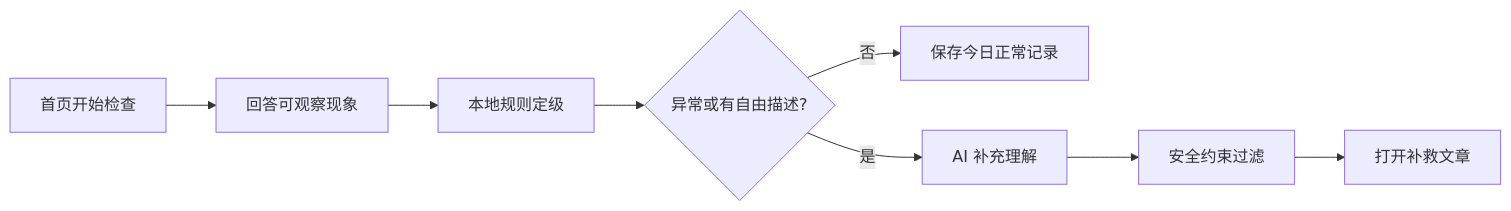
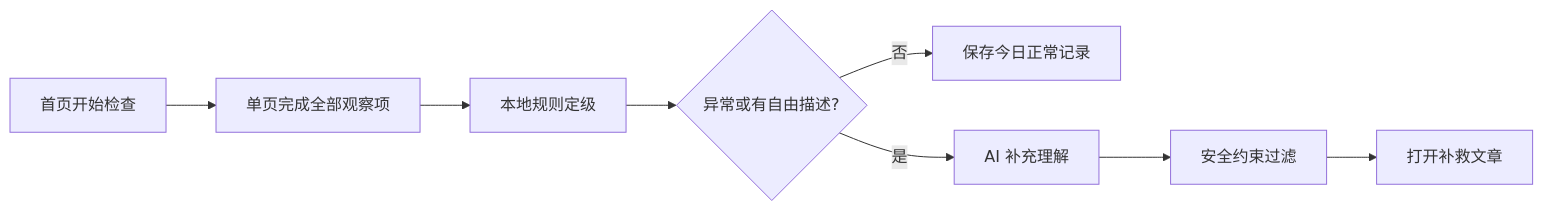
The third of 4 diagrams in docs/02-design/INTERACTION_SPEC.md (chusday97/aquaguide_frontend), drawn with Mermaid before and after one commit. The commit also changed other lines of this file and 7 other files, not shown here.

````diff
--- a/docs/02-design/INTERACTION_SPEC.md
+++ b/docs/02-design/INTERACTION_SPEC.md
@@ -108,7 +108,7 @@
 ```mermaid
 flowchart LR
-  A["首页开始检查"] --> B["回答可观察现象"] --> C["本地规则定级"]
+  A["首页开始检查"] --> B["单页完成全部观察项"] --> C["本地规则定级"]
   C --> D{"异常或有自由描述?"}
   D -- 否 --> E["保存今日正常记录"]
   D -- 是 --> F["AI 补充理解"] --> G["安全约束过滤"] --> H["打开补救文章"]
 ```
````
